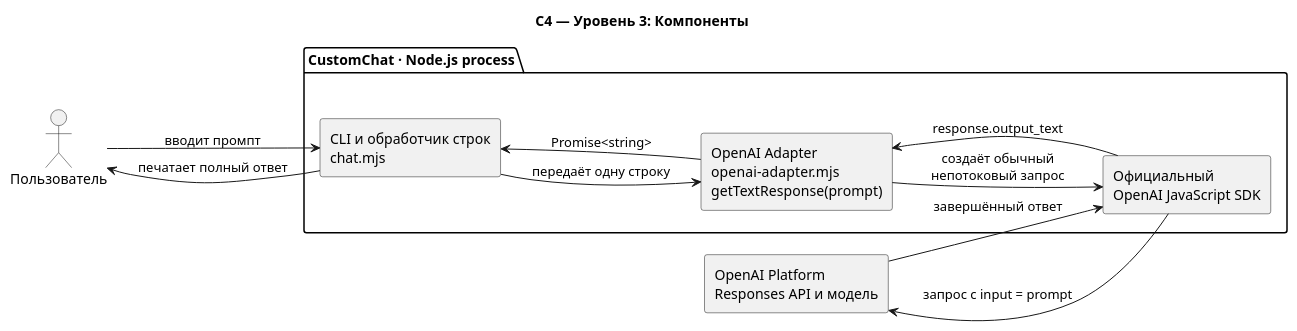
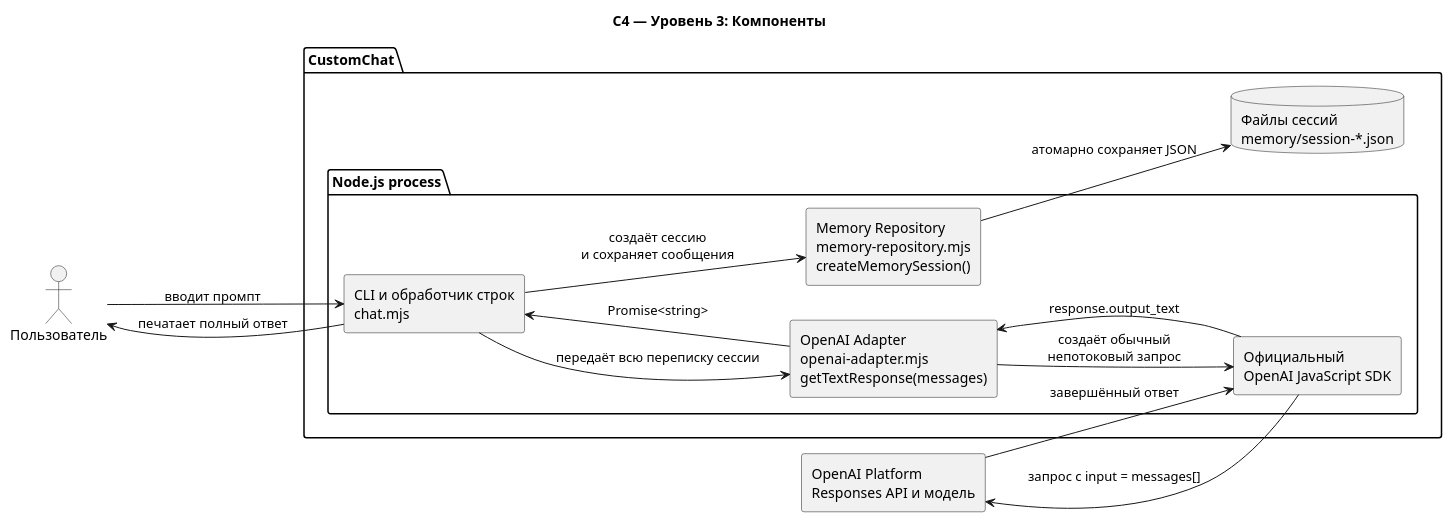
Before and after one commit to Dima163163/tg-bot: the diagram in 03-codex-killer/docs/diagrams/c4-components.puml, drawn with PlantUML. The commit also changed 9 other files, not shown here.

```diff
--- a/03-codex-killer/docs/diagrams/c4-components.puml
+++ b/03-codex-killer/docs/diagrams/c4-components.puml
@@ -1,25 +1,31 @@
 @startuml
 title C4 — Уровень 3: Компоненты
 left to right direction
 skinparam componentStyle rectangle
 skinparam shadowing false
 skinparam wrapWidth 220
 
 actor "Пользователь" as user
-package "CustomChat · Node.js process" {
-  component "CLI и обработчик строк\nchat.mjs" as cli
-  component "OpenAI Adapter\nopenai-adapter.mjs\ngetTextResponse(prompt)" as adapter
-  component "Официальный\nOpenAI JavaScript SDK" as sdk
+package "CustomChat" {
+  package "Node.js process" {
+    component "CLI и обработчик строк\nchat.mjs" as cli
+    component "Memory Repository\nmemory-repository.mjs\ncreateMemorySession()" as memoryRepo
+    component "OpenAI Adapter\nopenai-adapter.mjs\ngetTextResponse(messages)" as adapter
+    component "Официальный\nOpenAI JavaScript SDK" as sdk
 
-  cli --> adapter : передаёт одну строку
-  adapter --> sdk : создаёт обычный\nнепотоковый запрос
+    cli --> memoryRepo : создаёт сессию\nи сохраняет сообщения
+    cli --> adapter : передаёт всю переписку сессии
+    adapter --> sdk : создаёт обычный\nнепотоковый запрос
+  }
+  database "Файлы сессий\nmemory/session-*.json" as memoryFiles
 }
 rectangle "OpenAI Platform\nResponses API и модель" as api
 
 user --> cli : вводит промпт
-sdk --> api : запрос с input = prompt
+memoryRepo --> memoryFiles : атомарно сохраняет JSON
+sdk --> api : запрос с input = messages[]
 api --> sdk : завершённый ответ
 sdk --> adapter : response.output_text
 adapter --> cli : Promise<string>
 cli --> user : печатает полный ответ
 @enduml
```
